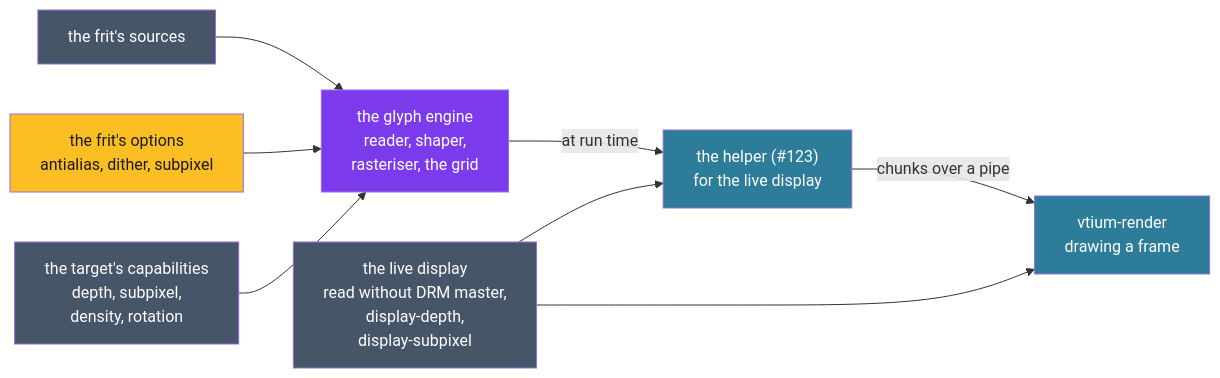
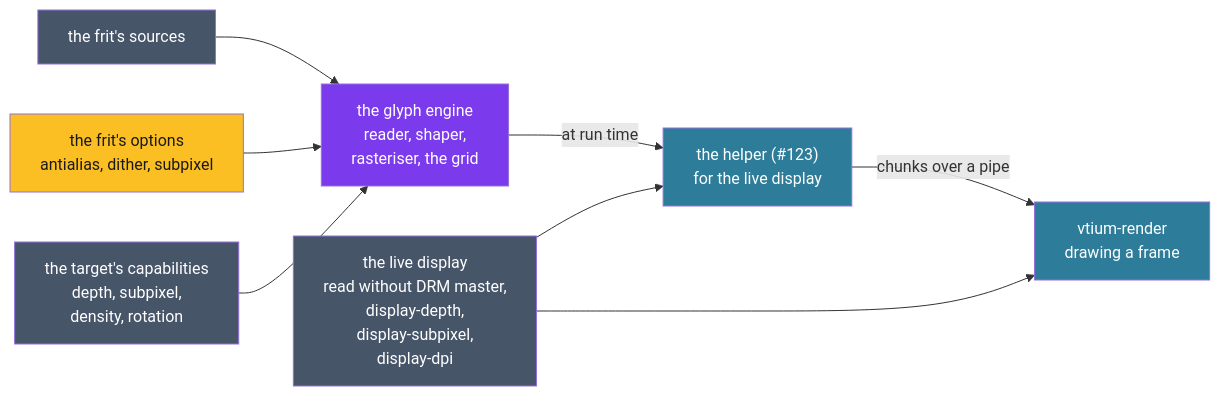
Before and after one commit to vtium/vtium: the diagram in docs/architecture/render/ADR-1301-one-glyph-engine-draws-at-run-time-for-the-display-s-capabilities.md, drawn with Mermaid. The commit also changed other lines of this file and 1 other file, not shown here.

First line of the commit message:
docs(adr): ADR-1200 D17 and ADR-1301 D3 take points and display-dpi

````diff
--- a/docs/architecture/render/ADR-1301-one-glyph-engine-draws-at-run-time-for-the-display-s-capabilities.md
+++ b/docs/architecture/render/ADR-1301-one-glyph-engine-draws-at-run-time-for-the-display-s-capabilities.md
@@ -185,18 +191,18 @@
 ```mermaid
 flowchart LR
     SRC["the frit's sources"] --> E
     OPT["the frit's options<br>antialias, dither, subpixel"] --> E
     CAP["the target's capabilities<br>depth, subpixel,<br>density, rotation"] --> E
     E["the glyph engine<br>reader, shaper,<br>rasteriser, the grid"]
     E -->|"at run time"| H["the helper (#123)<br>for the live display"]
     H -->|"chunks over a pipe"| R["vtium-render<br>drawing a frame"]
-    D["the live display<br>read without DRM master,<br>display-depth,<br>display-subpixel"] --> R
+    D["the live display<br>read without DRM master,<br>display-depth,<br>display-subpixel,<br>display-dpi"] --> R
     D --> H
     style SRC fill:#475569,color:#ffffff
     style OPT fill:#fbbf24,color:#1a1a1a
     style CAP fill:#475569,color:#ffffff
     style E fill:#7c3aed,color:#ffffff
     style H fill:#2d7d9a,color:#ffffff
     style R fill:#2d7d9a,color:#ffffff
     style D fill:#475569,color:#ffffff
 ```
````
